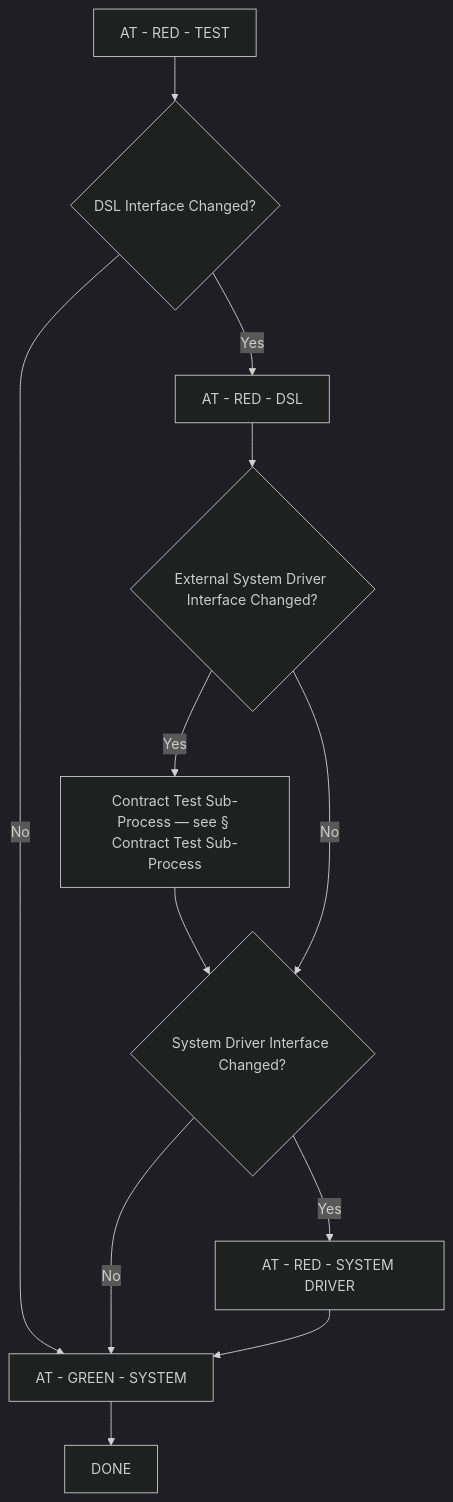
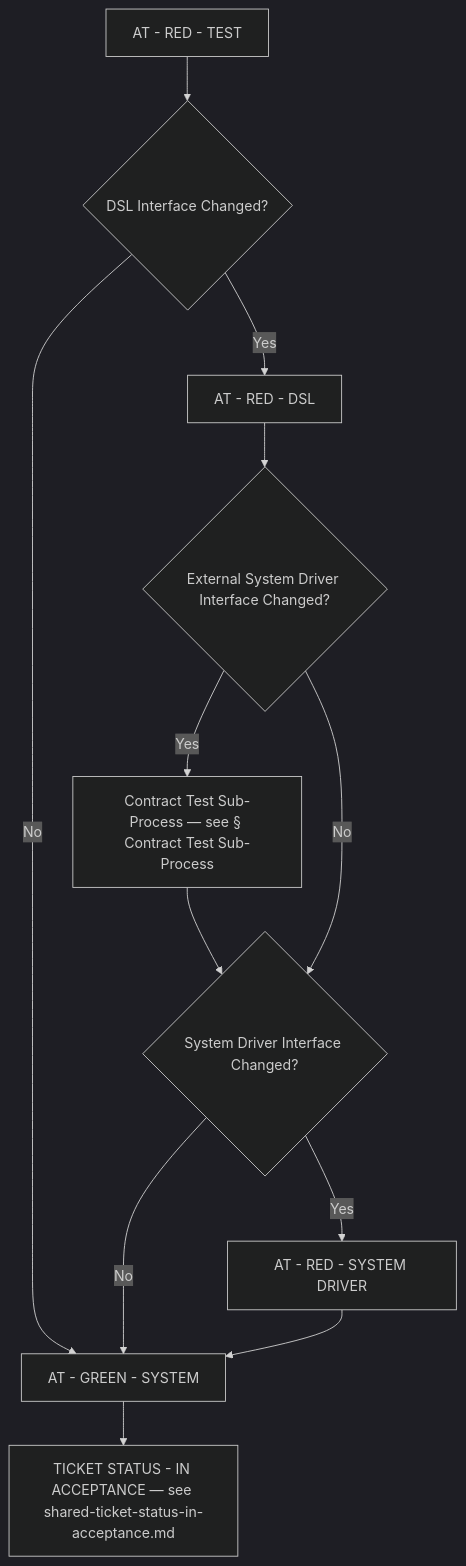
Before and after one commit to optivem/starter: the third of 10 diagrams in docs/atdd/process/diagram-process.md, drawn with Mermaid (dark theme). The commit also changed other lines of this file and 8 other files, not shown here.

First line of the commit message:
Add TICKET STATUS - IN ACCEPTANCE as the agent's terminal ticket state

````diff
--- a/docs/atdd/process/diagram-process.md
+++ b/docs/atdd/process/diagram-process.md
@@ -114,24 +115,24 @@
 ```mermaid
 flowchart TD
     AT_RED_TEST[AT - RED - TEST]
     GATE_DSL{DSL Interface Changed?}
     AT_RED_DSL[AT - RED - DSL]
     GATE_EXT{External System Driver Interface Changed?}
     CT_SUB[Contract Test Sub-Process — see § Contract Test Sub-Process]
     GATE_SYS{System Driver Interface Changed?}
     AT_RED_SYS_DRIVER[AT - RED - SYSTEM DRIVER]
     AT_GREEN_SYSTEM[AT - GREEN - SYSTEM]
-    DONE[DONE]
+    IN_ACCEPTANCE[TICKET STATUS - IN ACCEPTANCE — see shared-ticket-status-in-acceptance.md]
 
     AT_RED_TEST --> GATE_DSL
     GATE_DSL -->|No| AT_GREEN_SYSTEM
     GATE_DSL -->|Yes| AT_RED_DSL
     AT_RED_DSL --> GATE_EXT
     GATE_EXT -->|Yes| CT_SUB
     CT_SUB --> GATE_SYS
     GATE_EXT -->|No| GATE_SYS
     GATE_SYS -->|No| AT_GREEN_SYSTEM
     GATE_SYS -->|Yes| AT_RED_SYS_DRIVER
     AT_RED_SYS_DRIVER --> AT_GREEN_SYSTEM
-    AT_GREEN_SYSTEM --> DONE
+    AT_GREEN_SYSTEM --> IN_ACCEPTANCE
 ```
````
